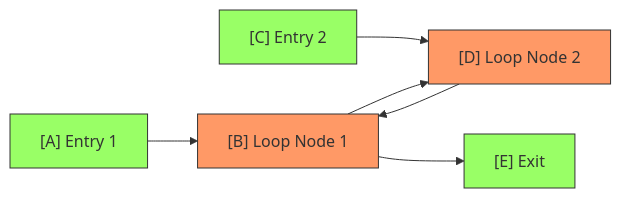
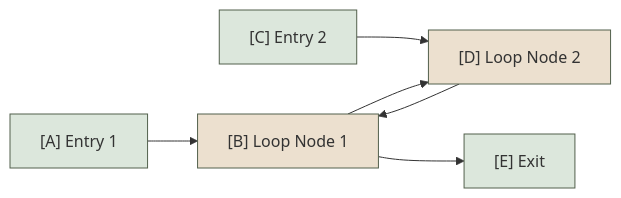
One commit to yaklang/ssa.to changed the second of 11 diagrams in static-analysis-guide/ssa-for-advanced-language-2.mdx. Above: the diagram before and after it, drawn with Mermaid. The commit also changed other lines of this file and 91 other files, not shown here.

````diff
--- a/static-analysis-guide/ssa-for-advanced-language-2.mdx
+++ b/static-analysis-guide/ssa-for-advanced-language-2.mdx
@@ -56,14 +64,14 @@
 ```mermaid
 graph LR
     A["[A] Entry 1"] --> B["[B] Loop Node 1"]
     C["[C] Entry 2"] --> D["[D] Loop Node 2"]
     B --> D
     D --> B
     B --> E["[E] Exit"]
     
-    style B fill:#f96,stroke:#333
-    style D fill:#f96,stroke:#333
-    style A fill:#9f6,stroke:#333
-    style C fill:#9f6,stroke:#333
-    style E fill:#9f6,stroke:#333
+    style B fill:#ece0cf,stroke:#52604c
+    style D fill:#ece0cf,stroke:#52604c
+    style A fill:#dce7dc,stroke:#52604c
+    style C fill:#dce7dc,stroke:#52604c
+    style E fill:#dce7dc,stroke:#52604c
 ```
````
